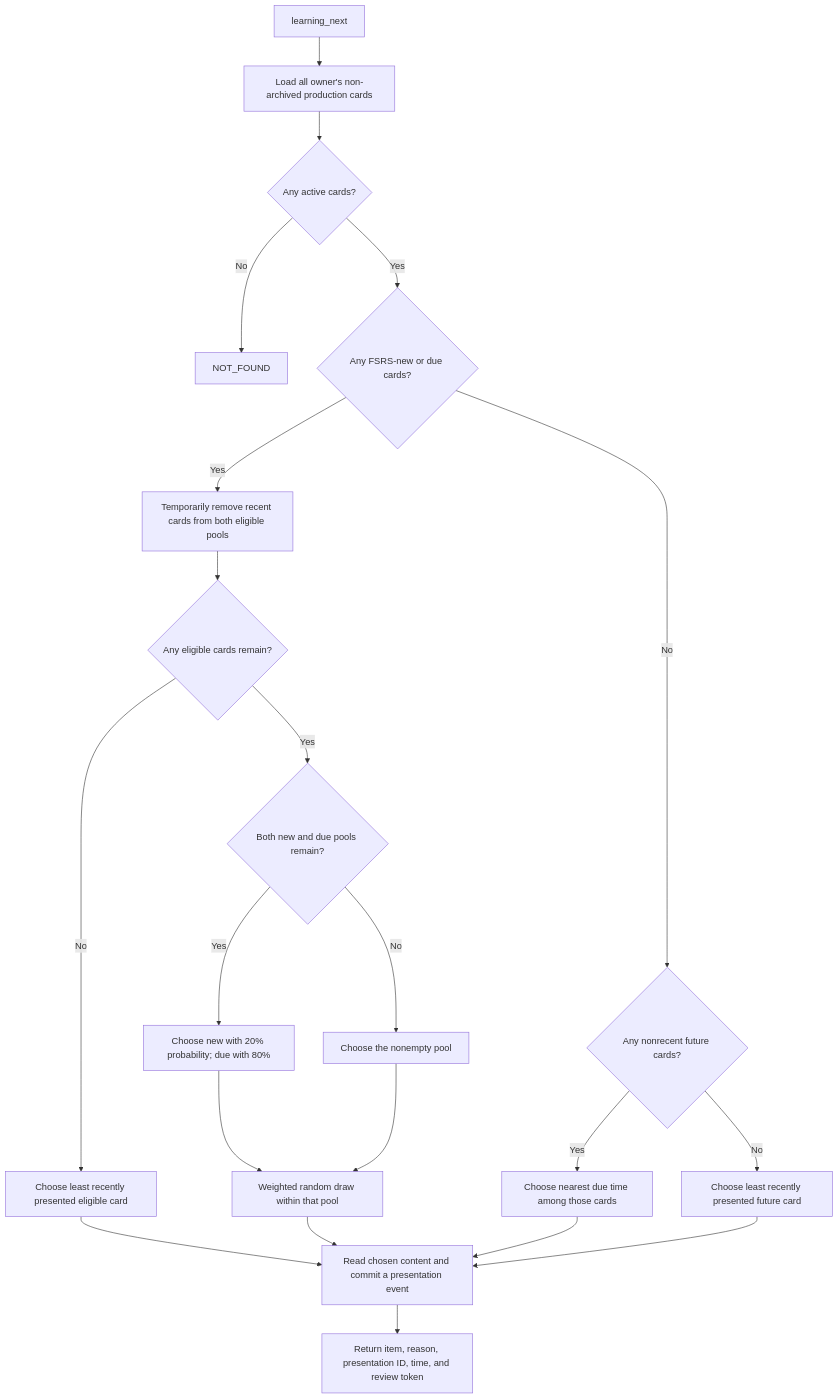
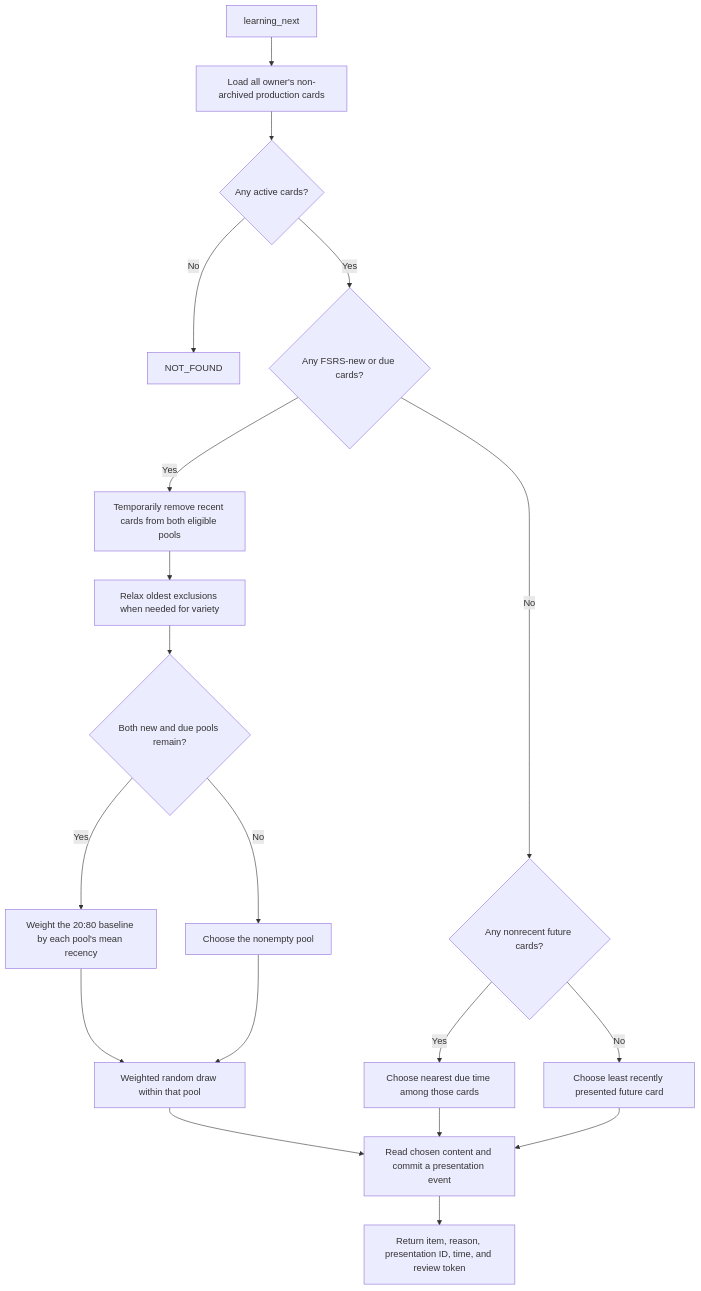
One commit to cjvnjde/chatgpt-english-mcp changed the third of 6 diagrams in docs/how-it-works.md. Above: the diagram before and after it, drawn with Mermaid. The commit also changed other lines of this file and 5 other files, not shown here.

````diff
--- a/docs/how-it-works.md
+++ b/docs/how-it-works.md
@@ -294,23 +294,22 @@
 ```mermaid
 flowchart TD
     Start["learning_next"] --> Load["Load all owner's non-archived production cards"]
     Load --> Any{"Any active cards?"}
     Any -->|"No"| Empty["NOT_FOUND"]
     Any -->|"Yes"| Eligible{"Any FSRS-new or due cards?"}
     Eligible -->|"Yes"| Filter["Temporarily remove recent cards from both eligible pools"]
-    Filter --> Remaining{"Any eligible cards remain?"}
-    Remaining -->|"No"| Rotate["Choose least recently presented eligible card"]
-    Remaining -->|"Yes"| Both{"Both new and due pools remain?"}
-    Both -->|"Yes"| Mix["Choose new with 20% probability; due with 80%"]
+    Filter --> Adapt["Relax oldest exclusions when needed for variety"]
+    Adapt --> Both{"Both new and due pools remain?"}
+    Both -->|"Yes"| Mix["Weight the 20:80 baseline by each pool's mean recency"]
     Both -->|"No"| Only["Choose the nonempty pool"]
     Mix --> Lottery["Weighted random draw within that pool"]
     Only --> Lottery
     Eligible -->|"No"| Future{"Any nonrecent future cards?"}
     Future -->|"Yes"| Nearest["Choose nearest due time among those cards"]
     Future -->|"No"| Oldest["Choose least recently presented future card"]
-    Rotate --> Commit["Read chosen content and commit a presentation event"]
+    Commit["Read chosen content and commit a presentation event"]
     Lottery --> Commit
     Nearest --> Commit
     Oldest --> Commit
     Commit --> Return["Return item, reason, presentation ID, time, and review token"]
 ```
````
